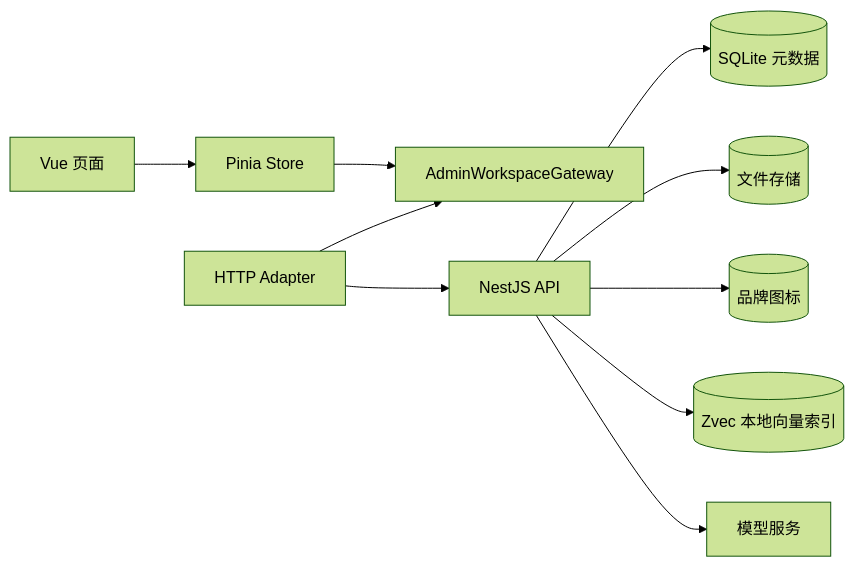
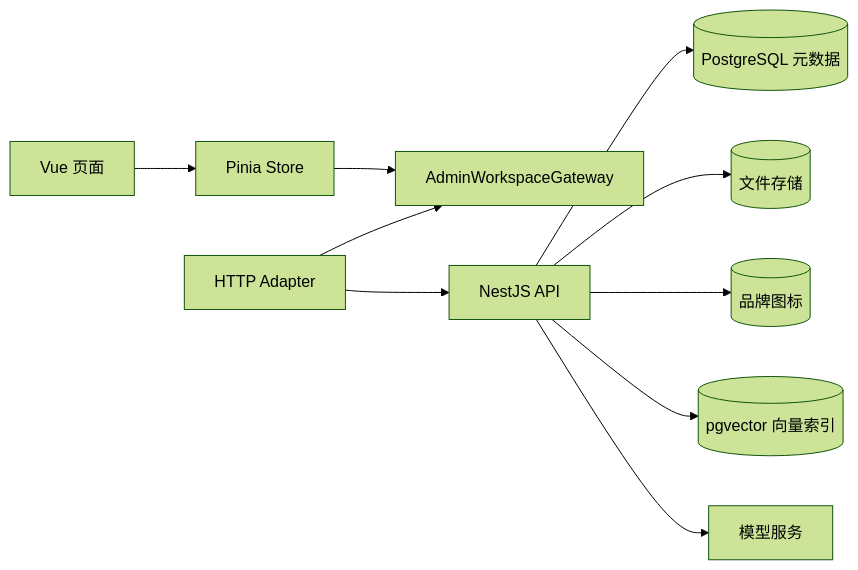
The diagram in docs/modules/admin-web.md (yiting001/agent), drawn with Mermaid (forest theme) before and after one commit. The commit also changed other lines of this file and 97 other files, not shown here.

````diff
--- a/docs/modules/admin-web.md
+++ b/docs/modules/admin-web.md
@@ -49,12 +49,12 @@
 ```mermaid
 flowchart LR
   View[Vue 页面] --> Store[Pinia Store]
   Store --> Port[AdminWorkspaceGateway]
   Adapter[HTTP Adapter] --> Port
   Adapter --> API[NestJS API]
-  API --> SQLite[(SQLite 元数据)]
+  API --> PostgreSQL[(PostgreSQL 元数据)]
   API --> Files[(文件存储)]
   API --> BrandFiles[(品牌图标)]
-  API --> Zvec[(Zvec 本地向量索引)]
+  API --> Pgvector[(pgvector 向量索引)]
   API --> Model[模型服务]
 ```
````
